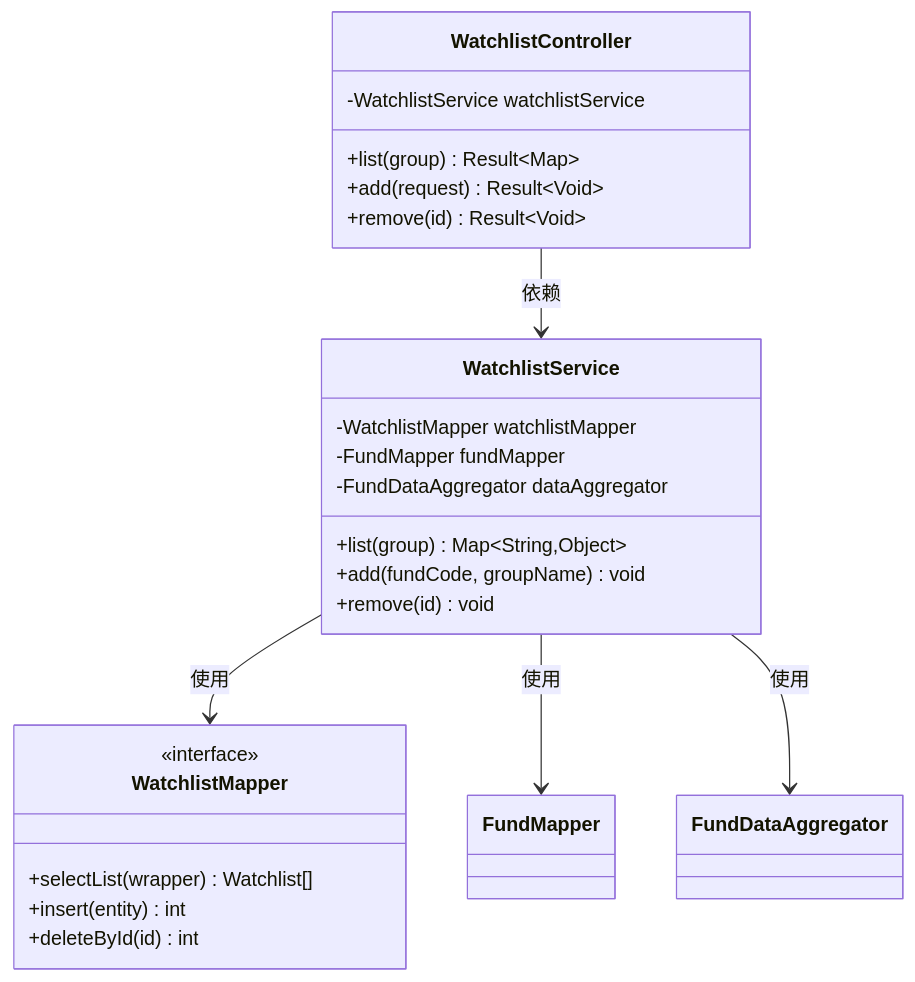
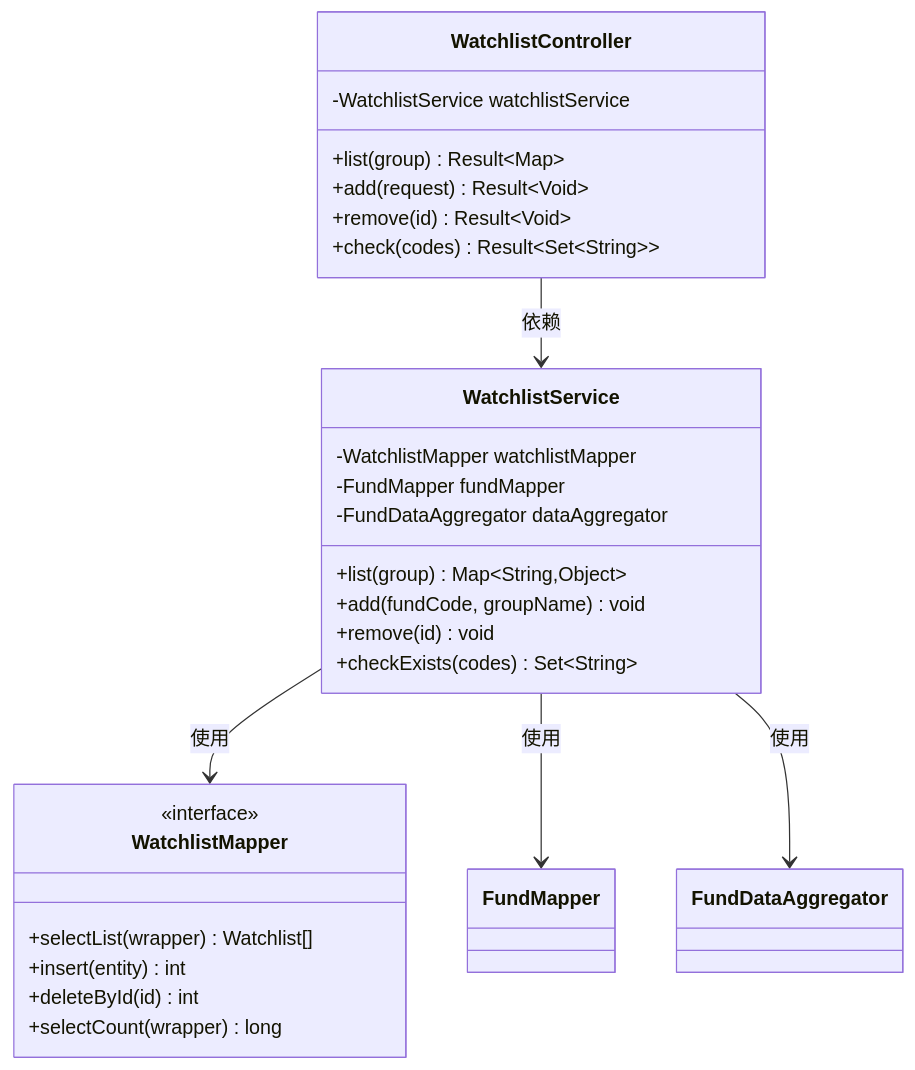
Before and after one commit to gree-coder/fund-butler: the second of 9 diagrams in .qoder/repowiki/zh/content/Watchlist Enhancement.md, drawn with Mermaid. The commit also changed other lines of this file and 34 other files, not shown here.

````diff
--- a/.qoder/repowiki/zh/content/Watchlist Enhancement.md
+++ b/.qoder/repowiki/zh/content/Watchlist Enhancement.md
@@ -102,27 +114,30 @@
 ```mermaid
 classDiagram
 class WatchlistController {
 -WatchlistService watchlistService
 +list(group) Result~Map~
 +add(request) Result~Void~
 +remove(id) Result~Void~
++check(codes) Result~Set~String~~
 }
 class WatchlistService {
 -WatchlistMapper watchlistMapper
 -FundMapper fundMapper
 -FundDataAggregator dataAggregator
 +list(group) Map~String,Object~
 +add(fundCode, groupName) void
 +remove(id) void
++checkExists(codes) Set~String~
 }
 class WatchlistMapper {
 <<interface>>
 +selectList(wrapper) Watchlist[]
 +insert(entity) int
 +deleteById(id) int
++selectCount(wrapper) long
 }
 WatchlistController --> WatchlistService : 依赖
 WatchlistService --> WatchlistMapper : 使用
 WatchlistService --> FundMapper : 使用
 WatchlistService --> FundDataAggregator : 使用
 ```
````
